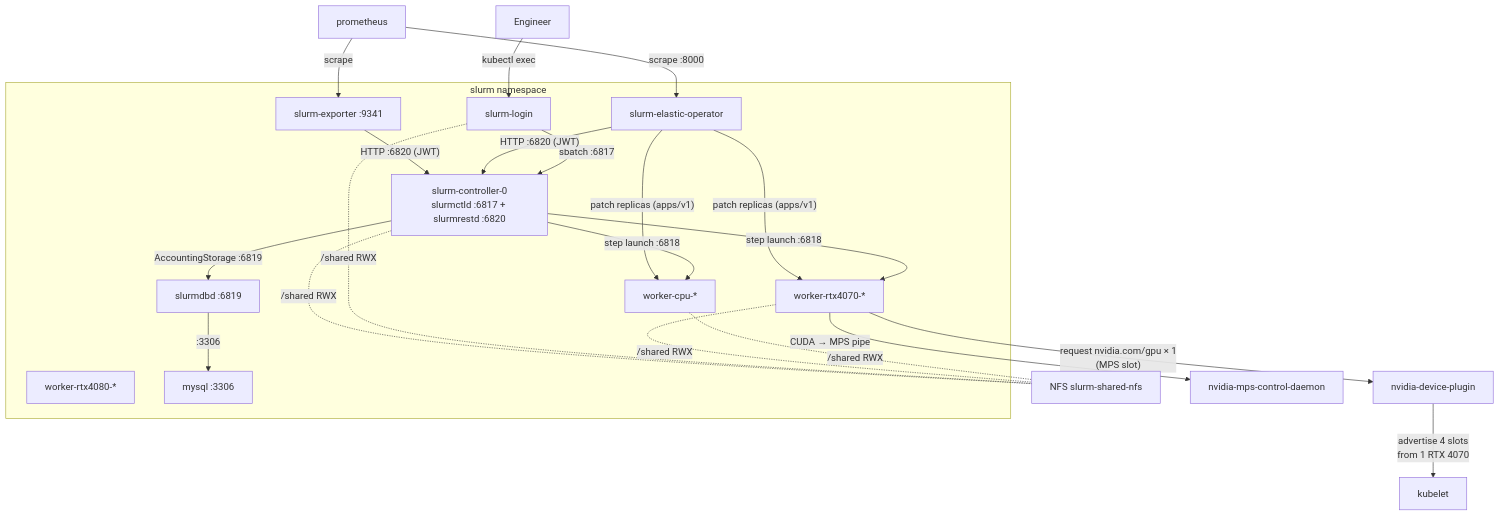
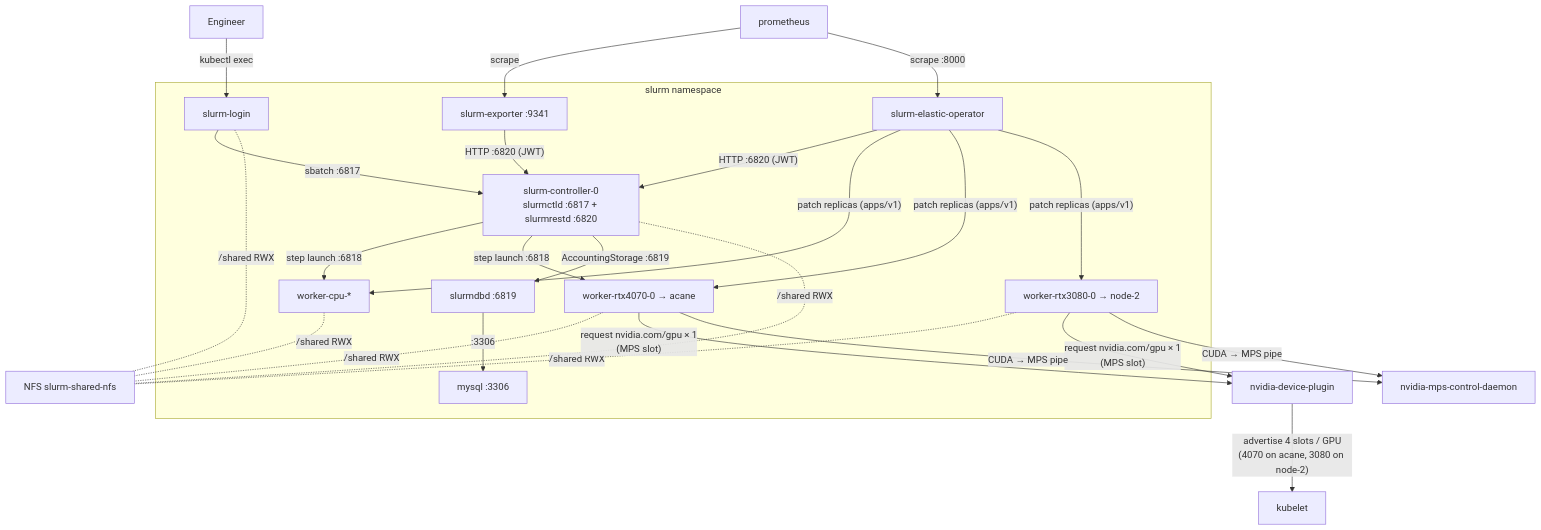
Before and after one commit to SoWiEee/Kelpflux: the fifth of 5 diagrams in docs/cluster.md, drawn with Mermaid. The commit also changed other lines of this file and 3 other files, not shown here.

First line of the commit message:
docs: refresh cluster spec, architecture diagrams, and v8 system review

````diff
--- a/docs/cluster.md
+++ b/docs/cluster.md
@@ -611,39 +696,43 @@
 ```mermaid
 flowchart TD
     USER[Engineer] -- "kubectl exec" --> LOGIN
 
     subgraph SLURM["slurm namespace"]
       LOGIN[slurm-login]
       CTL[slurm-controller-0\nslurmctld :6817 + slurmrestd :6820]
       OP[slurm-elastic-operator]
       EXP[slurm-exporter :9341]
       CPU[worker-cpu-*]
-      R70[worker-rtx4070-*]
-      R80[worker-rtx4080-*]
+      R70[worker-rtx4070-0 → acane]
+      R80[worker-rtx3080-0 → node-2]
       DBD[slurmdbd :6819]
       DB[mysql :3306]
     end
 
     LOGIN -- "sbatch :6817" --> CTL
     CTL -- "step launch :6818" --> CPU
     CTL -- "step launch :6818" --> R70
     CTL -- "AccountingStorage :6819" --> DBD
     DBD -- ":3306" --> DB
 
     OP -- "HTTP :6820 (JWT)" --> CTL
     OP -- "patch replicas (apps/v1)" --> CPU
     OP -- "patch replicas (apps/v1)" --> R70
+    OP -- "patch replicas (apps/v1)" --> R80
 
     EXP -- "HTTP :6820 (JWT)" --> CTL
     PROM[prometheus] -- scrape --> EXP
     PROM -- scrape :8000 --> OP
 
     CPU -. "/shared RWX" .- NFS[NFS slurm-shared-nfs]
     R70 -. "/shared RWX" .- NFS
+    R80 -. "/shared RWX" .- NFS
     LOGIN -. "/shared RWX" .- NFS
     CTL -. "/shared RWX" .- NFS
 
     R70 -- "request nvidia.com/gpu × 1\n(MPS slot)" --> DP[nvidia-device-plugin]
-    DP -- "advertise 4 slots\nfrom 1 RTX 4070" --> KUBELET[kubelet]
+    R80 -- "request nvidia.com/gpu × 1\n(MPS slot)" --> DP
+    DP -- "advertise 4 slots / GPU\n(4070 on acane, 3080 on node-2)" --> KUBELET[kubelet]
     R70 -- "CUDA → MPS pipe" --> MPSD[nvidia-mps-control-daemon]
+    R80 -- "CUDA → MPS pipe" --> MPSD
 ```
````
